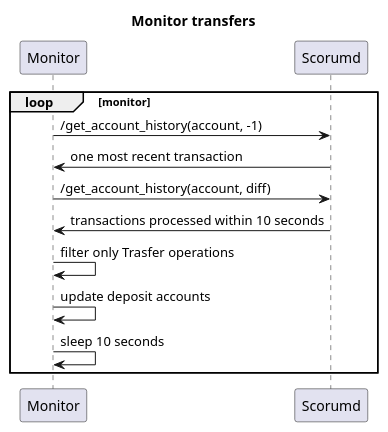
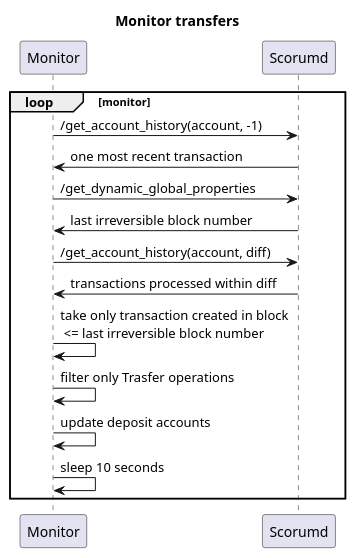
The diagram in examples/deposits/diagrams/monitor.wsd (scorum/scorum-go), drawn with PlantUML before and after one commit. The commit also changed 2 other files, not shown here.

Commit message:
monitor updated

```diff
--- a/examples/deposits/diagrams/monitor.wsd
+++ b/examples/deposits/diagrams/monitor.wsd
@@ -1,10 +1,13 @@
 title Monitor transfers
 loop monitor
 Monitor->Scorumd: /get_account_history(account, -1)
 Scorumd->Monitor: one most recent transaction
+Monitor->Scorumd: /get_dynamic_global_properties
+Scorumd->Monitor: last irreversible block number
 Monitor->Scorumd: /get_account_history(account, diff)
-Scorumd->Monitor: transactions processed within 10 seconds
+Scorumd->Monitor: transactions processed within diff
+Monitor->Monitor: take only transaction created in block \n <= last irreversible block number
 Monitor->Monitor: filter only Trasfer operations
 Monitor->Monitor: update deposit accounts
 Monitor->Monitor: sleep 10 seconds
 end
```
